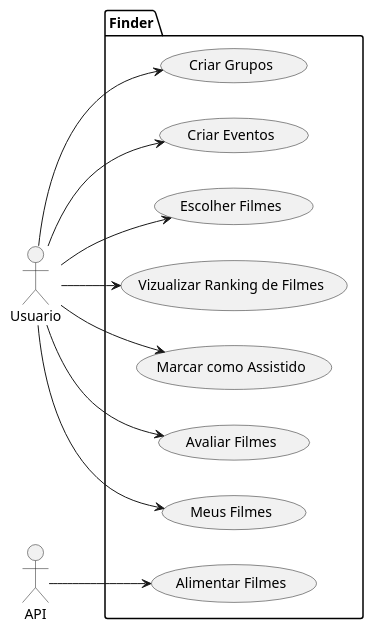
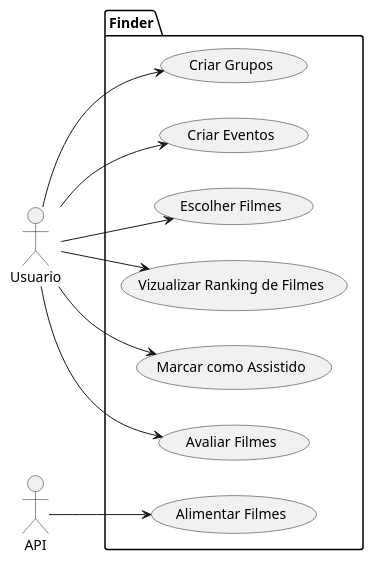
One commit to 0liveiraEduardo/Projeto-Eng.-Software-II changed the diagram in docs/usecases.puml. Above: the diagram before and after it, drawn with PlantUML.

```diff
--- a/docs/usecases.puml
+++ b/docs/usecases.puml
@@ -1,47 +1,43 @@
 @startuml caso-de-uso
 
 left to right direction
 
 actor Usuario as g
 actor API as a
 
  
 
 package Finder {
 
   usecase "Criar Grupos" as UC1
 
   usecase "Criar Eventos" as UC2
 
   usecase "Escolher Filmes" as UC3
 
   usecase "Vizualizar Ranking de Filmes" as UC4
 
   usecase "Marcar como Assistido" as UC5
 
   usecase "Avaliar Filmes" as UC6
 
-  usecase "Meus Filmes" as UC7
-
-  usecase "Alimentar Filmes" as UC8
+  usecase "Alimentar Filmes" as UC7
 
 }
 
  
-a --> UC8
+a --> UC7
 
 g --> UC1
 
 g --> UC2
 
 g --> UC3
 
 g --> UC4
 
 g --> UC5
 
 g --> UC6
 
-g --> UC7 
-
 @enduml
```
